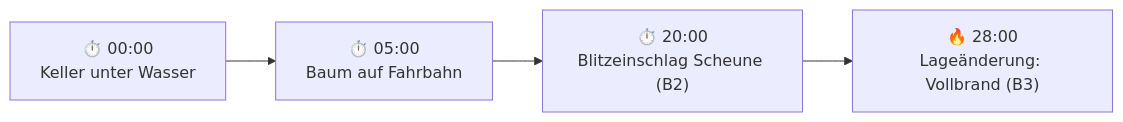
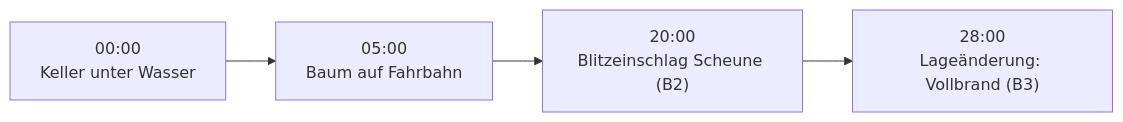
Before and after one commit to kventil/fireboard-alarm-simulator-releases: the third of 3 diagrams in README.md, drawn with Mermaid. The commit also changed other lines of this file, not shown here.

````diff
--- a/README.md
+++ b/README.md
@@ -198,4 +198,4 @@
 ```mermaid
 flowchart LR
-    T0["⏱️ 00:00<br/>Keller unter Wasser"] --> T5["⏱️ 05:00<br/>Baum auf Fahrbahn"] --> T20["⏱️ 20:00<br/>Blitzeinschlag Scheune (B2)"] --> T28["🔥 28:00<br/>Lageänderung: Vollbrand (B3)"]
+    T0["00:00<br/>Keller unter Wasser"] --> T5["05:00<br/>Baum auf Fahrbahn"] --> T20["20:00<br/>Blitzeinschlag Scheune (B2)"] --> T28["28:00<br/>Lageänderung: Vollbrand (B3)"]
 ```
````
